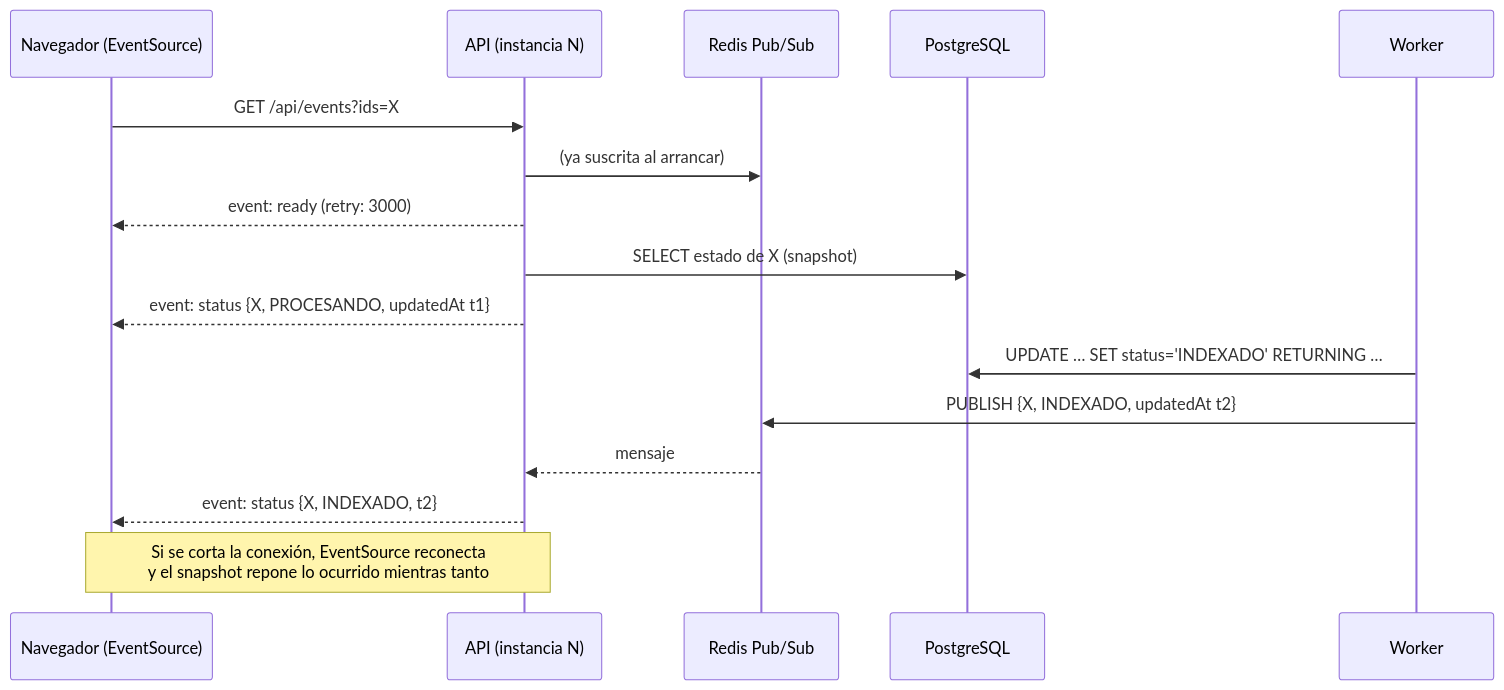
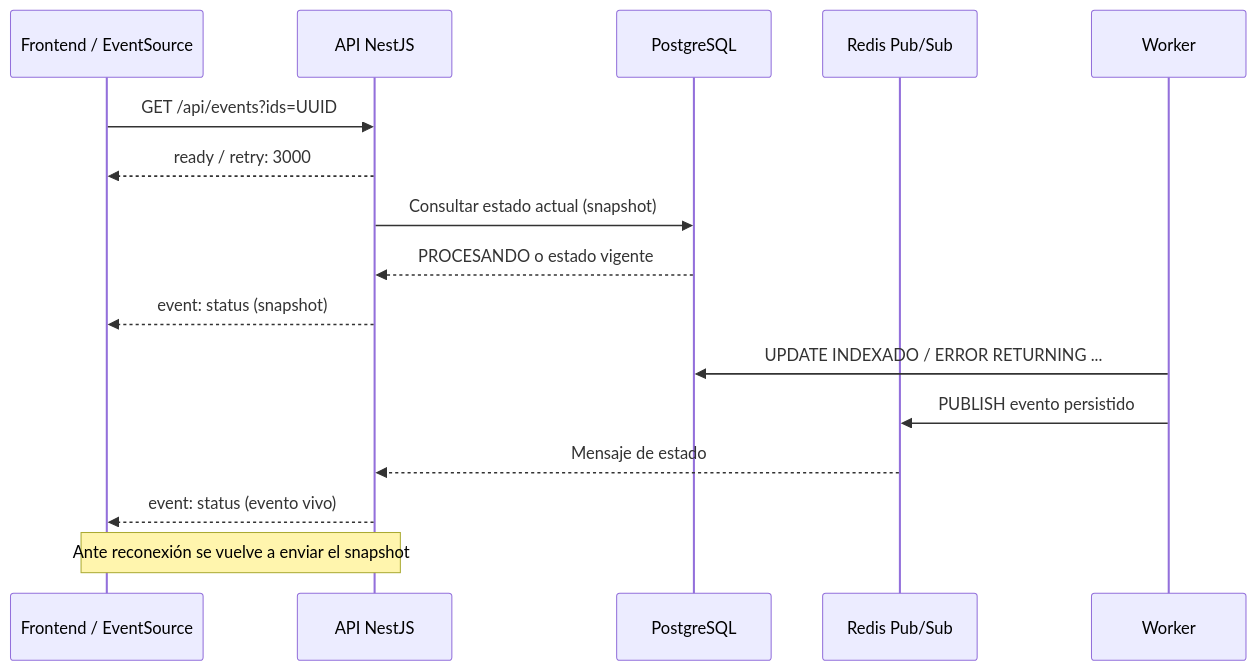
One commit to camilollamas/pt_documental changed the second of 2 diagrams in docs/architecture.md. Above: the diagram before and after it, drawn with Mermaid. The commit also changed other lines of this file and 1 other file, not shown here.

First line of the commit message:
docs: actualización de documentación técnica del proyecto Se reorganiza architecture.md según los requisitos de la prueba técnica, detallando arquitectura, decisiones tecnológicas, comunicación en tiempo real y escalabilidad.

````diff
--- a/docs/architecture.md
+++ b/docs/architecture.md
@@ -306,19 +118,18 @@
 ```mermaid
 sequenceDiagram
-    participant C as Navegador (EventSource)
-    participant A as API (instancia N)
+    participant U as Frontend / EventSource
+    participant A as API NestJS
+    participant P as PostgreSQL
     participant R as Redis Pub/Sub
-    participant P as PostgreSQL
     participant W as Worker
-
-    C->>A: GET /api/events?ids=X
-    A->>R: (ya suscrita al arrancar)
-    A-->>C: event: ready (retry: 3000)
-    A->>P: SELECT estado de X (snapshot)
-    A-->>C: event: status {X, PROCESANDO, updatedAt t1}
-    W->>P: UPDATE … SET status='INDEXADO' RETURNING …
-    W->>R: PUBLISH {X, INDEXADO, updatedAt t2}
-    R-->>A: mensaje
-    A-->>C: event: status {X, INDEXADO, t2}
-    Note over C,A: Si se corta la conexión, EventSource reconecta<br/>y el snapshot repone lo ocurrido mientras tanto
+    U->>A: GET /api/events?ids=UUID
+    A-->>U: ready / retry: 3000
+    A->>P: Consultar estado actual (snapshot)
+    P-->>A: PROCESANDO o estado vigente
+    A-->>U: event: status (snapshot)
+    W->>P: UPDATE INDEXADO / ERROR RETURNING ...
+    W->>R: PUBLISH evento persistido
+    R-->>A: Mensaje de estado
+    A-->>U: event: status (evento vivo)
+    Note over U,A: Ante reconexión se vuelve a enviar el snapshot
 ```
````
